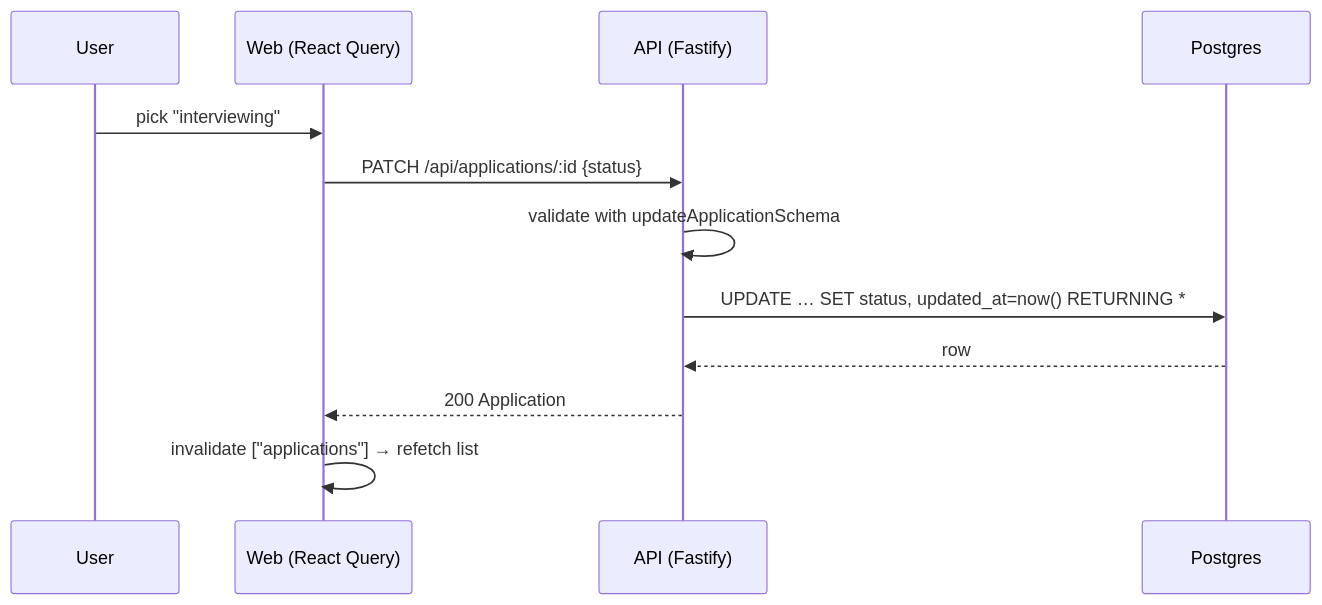
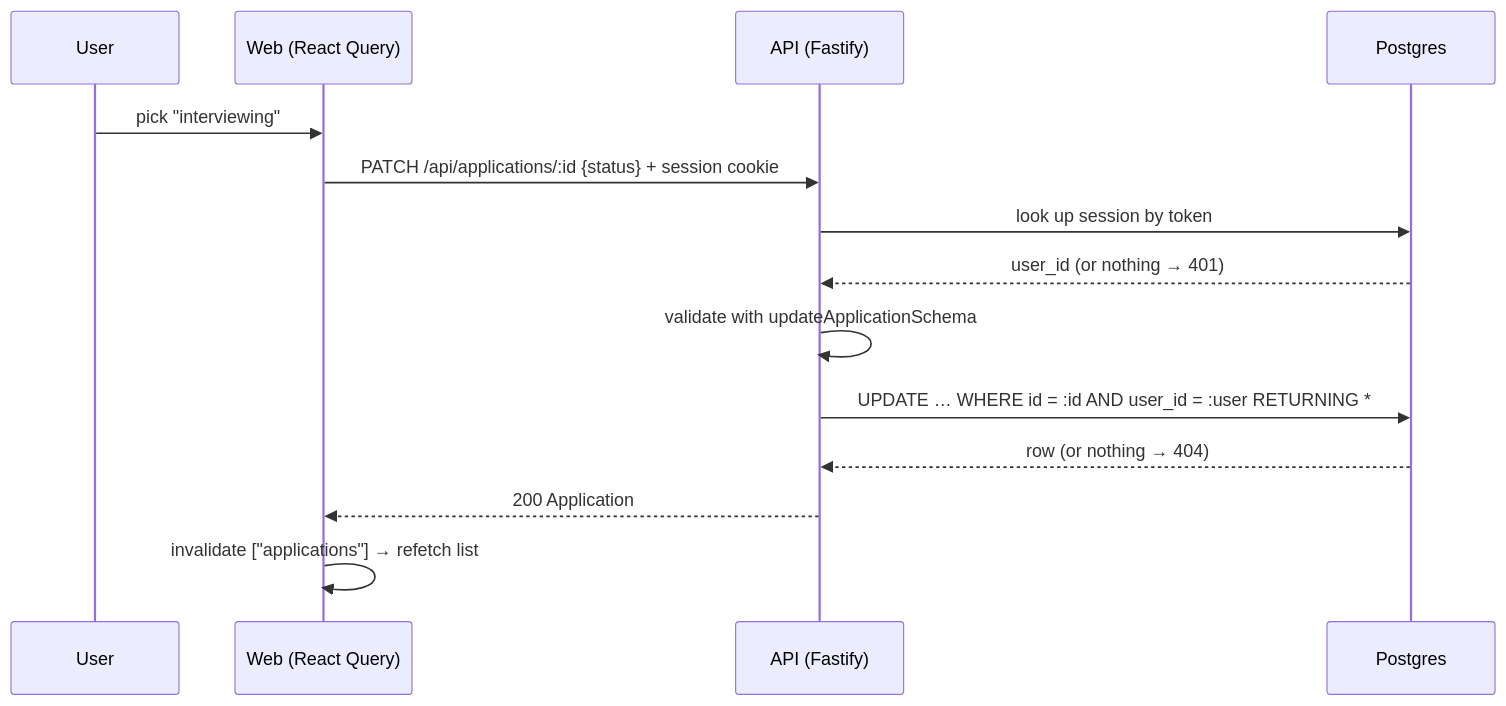
The third of 4 diagrams in docs/architecture.md (brianpatterson/interview-app), drawn with Mermaid before and after one commit. The commit also changed other lines of this file and 7 other files, not shown here.

First line of the commit message:
docs: record auth decision and add roadmap

````diff
--- a/docs/architecture.md
+++ b/docs/architecture.md
@@ -105,14 +144,16 @@
 ```mermaid
 sequenceDiagram
   participant U as User
   participant W as Web (React Query)
   participant A as API (Fastify)
   participant D as Postgres
   U->>W: pick "interviewing"
-  W->>A: PATCH /api/applications/:id {status}
+  W->>A: PATCH /api/applications/:id {status} + session cookie
+  A->>D: look up session by token
+  D-->>A: user_id (or nothing → 401)
   A->>A: validate with updateApplicationSchema
-  A->>D: UPDATE … SET status, updated_at=now() RETURNING *
-  D-->>A: row
+  A->>D: UPDATE … WHERE id = :id AND user_id = :user RETURNING *
+  D-->>A: row (or nothing → 404)
   A-->>W: 200 Application
   W->>W: invalidate ["applications"] → refetch list
 ```
````
